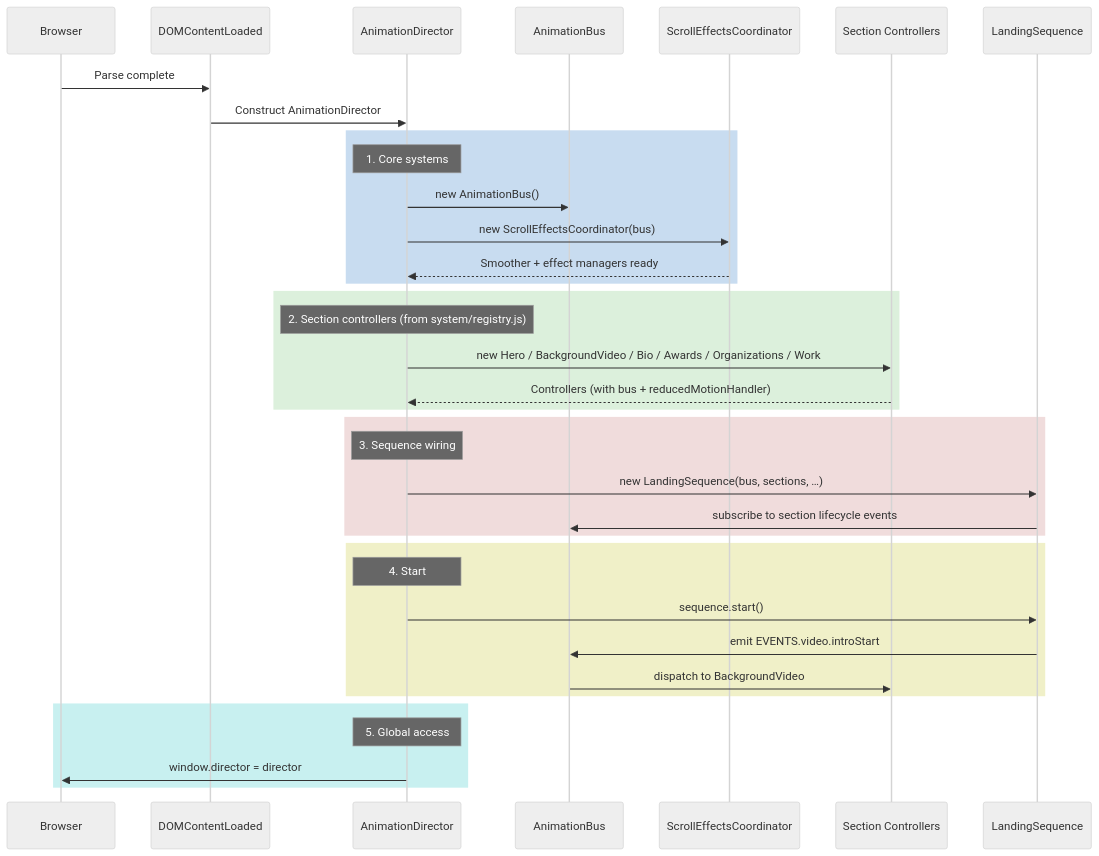
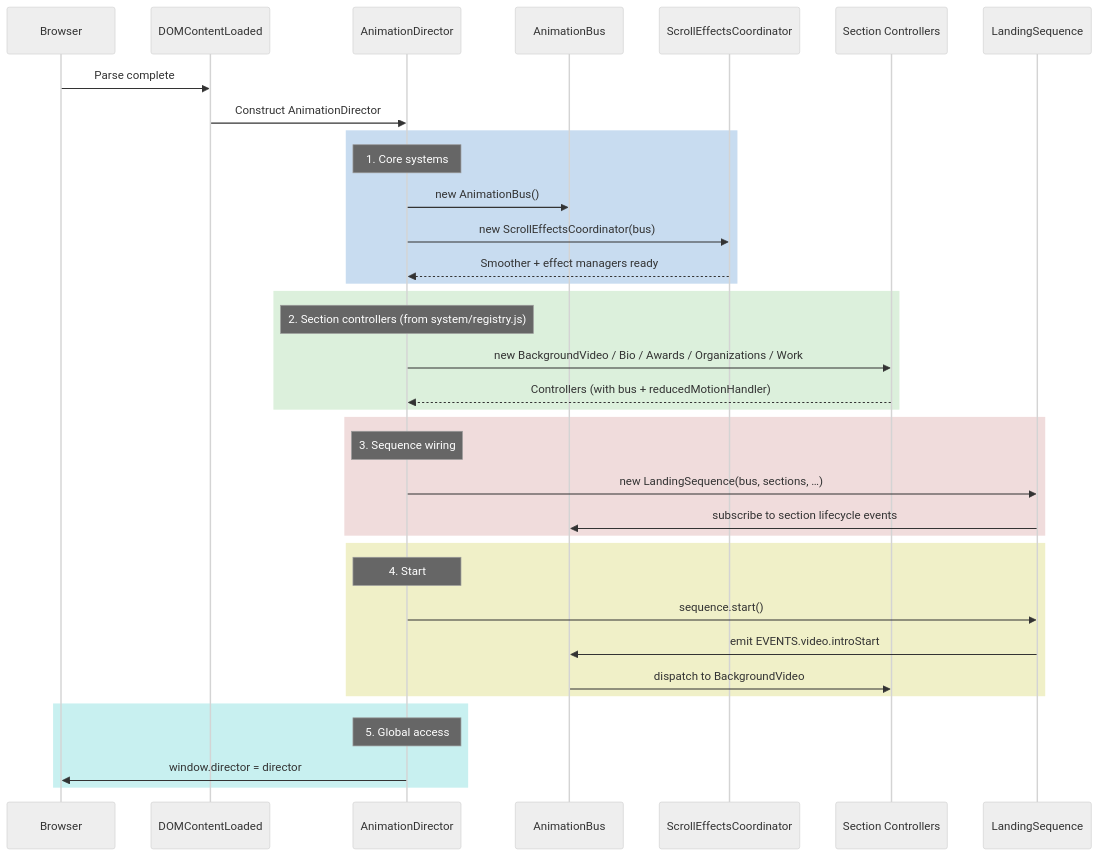
The diagram in docs/director-initialization-sequence.md (datainkio/portfolio-frontend), drawn with Mermaid (neutral theme) before and after one commit. The commit also changed other lines of this file and 31 other files, not shown here.

````diff
--- a/docs/director-initialization-sequence.md
+++ b/docs/director-initialization-sequence.md
@@ -11,44 +11,44 @@
 ```mermaid
 sequenceDiagram
     participant Browser
     participant DOM as DOMContentLoaded
     participant AD as AnimationDirector
     participant Bus as AnimationBus
     participant SEC as ScrollEffectsCoordinator
     participant Sections as Section Controllers
     participant LS as LandingSequence
 
     Browser->>DOM: Parse complete
     DOM->>AD: Construct AnimationDirector
 
     rect rgb(200, 220, 240)
         note over AD: 1. Core systems
         AD->>Bus: new AnimationBus()
         AD->>SEC: new ScrollEffectsCoordinator(bus)
         SEC-->>AD: Smoother + effect managers ready
     end
 
     rect rgb(220, 240, 220)
         note over AD: 2. Section controllers (from system/registry.js)
-        AD->>Sections: new Hero / BackgroundVideo / Bio / Awards / Organizations / Work
+        AD->>Sections: new BackgroundVideo / Bio / Awards / Organizations / Work
         Sections-->>AD: Controllers (with bus + reducedMotionHandler)
     end
 
     rect rgb(240, 220, 220)
         note over AD: 3. Sequence wiring
         AD->>LS: new LandingSequence(bus, sections, …)
         LS->>Bus: subscribe to section lifecycle events
     end
 
     rect rgb(240, 240, 200)
         note over AD: 4. Start
         AD->>LS: sequence.start()
         LS->>Bus: emit EVENTS.video.introStart
         Bus->>Sections: dispatch to BackgroundVideo
     end
 
     rect rgb(200, 240, 240)
         note over AD: 5. Global access
         AD->>Browser: window.director = director
     end
 ```
````
